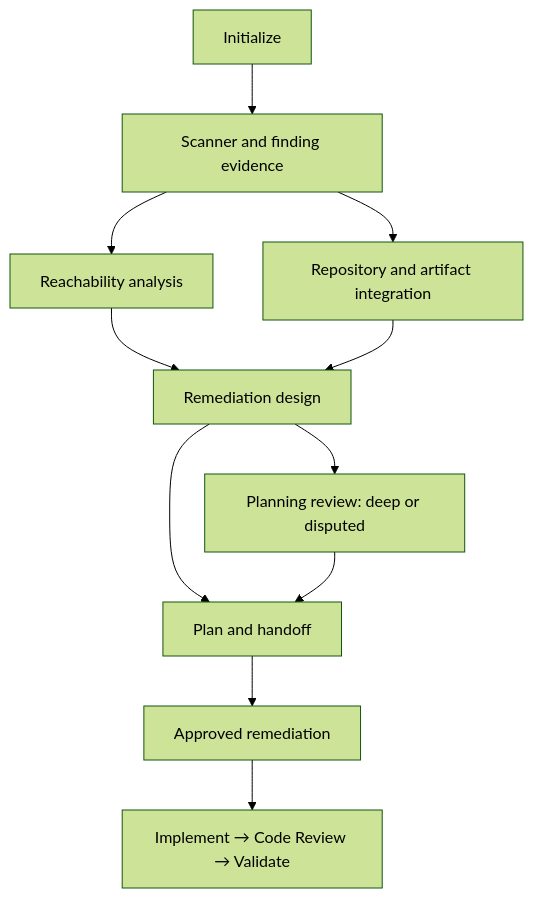
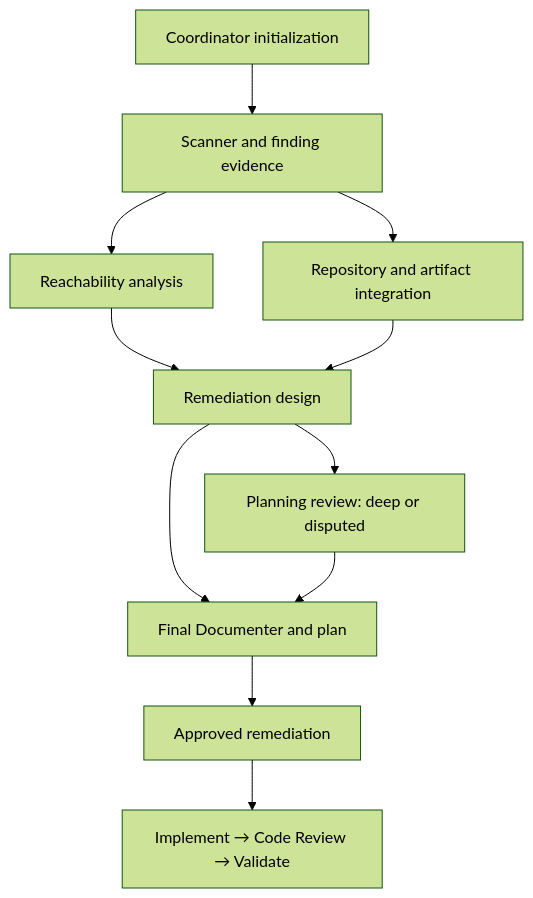
Before and after one commit to daniel-galvan/ai-engineering-workflow-framework: the fifth of 5 diagrams in PLAYBOOK_CATALOG.md, drawn with Mermaid (forest theme). The commit also changed other lines of this file and 22 other files, not shown here.

````diff
--- a/PLAYBOOK_CATALOG.md
+++ b/PLAYBOOK_CATALOG.md
@@ -117,13 +118,13 @@
 ```mermaid
 flowchart TB
-    A["Initialize"] --> B["Scanner and finding evidence"]
+    A["Coordinator initialization"] --> B["Scanner and finding evidence"]
     B --> C["Reachability analysis"]
     B --> D["Repository and artifact integration"]
     C --> E["Remediation design"]
     D --> E
     E --> F["Planning review: deep or disputed"]
-    E --> G["Plan and handoff"]
-    F --> G["Plan and handoff"]
+    E --> G["Final Documenter and plan"]
+    F --> G
     G --> H["Approved remediation"]
     H --> I["Implement → Code Review → Validate"]
 ```
````
